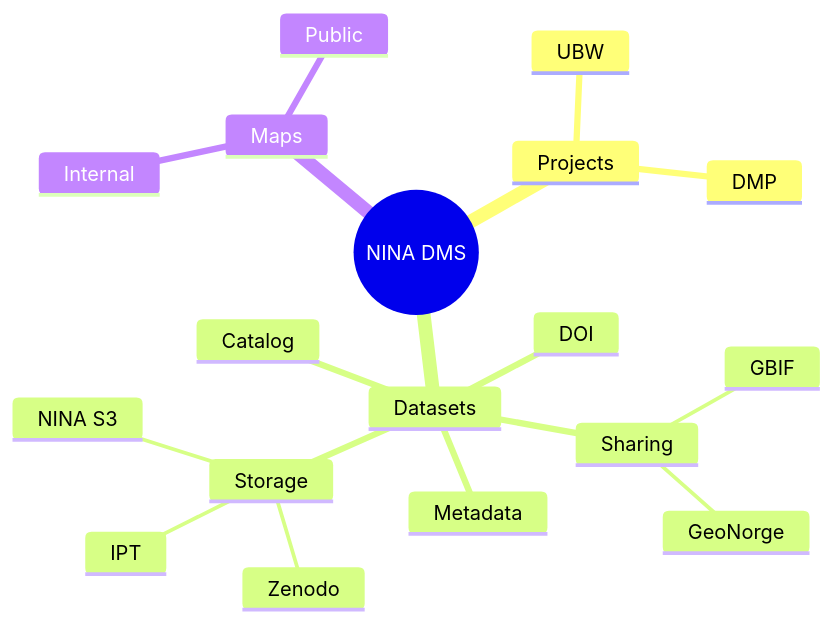
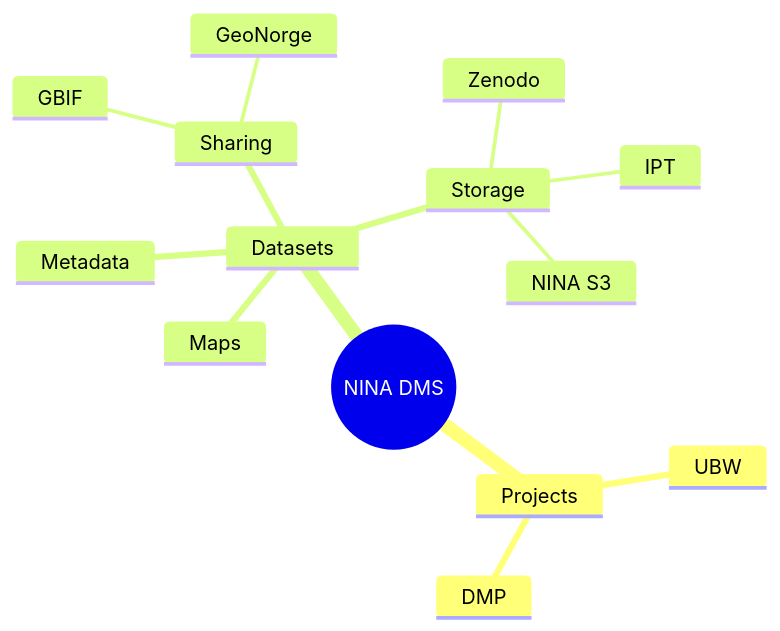
The diagram in docs/index.md (NINAnor/dms), drawn with Mermaid before and after one commit.

Commit message:
chg: update docs graph

````diff
--- a/docs/index.md
+++ b/docs/index.md
@@ -21,21 +21,17 @@
 ```mermaid
 mindmap
   root((NINA DMS))
     Projects
       UBW
       DMP
     Datasets
-      Catalog
+      Maps
       Metadata
-      DOI
       Sharing
         GBIF
         GeoNorge
       Storage
         Zenodo
         IPT
         NINA S3
-    Maps
-        Internal
-        Public
 ```
````
